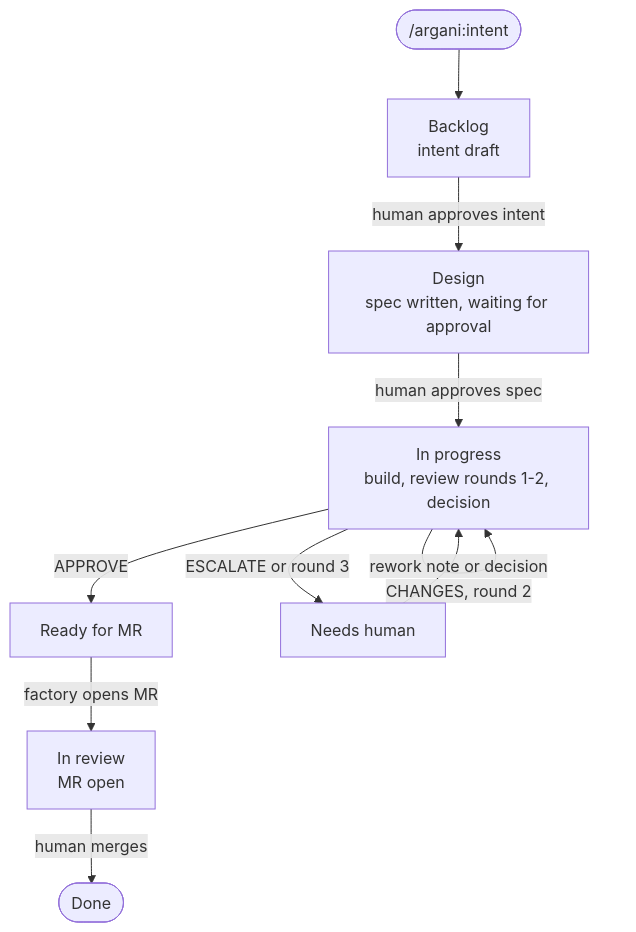
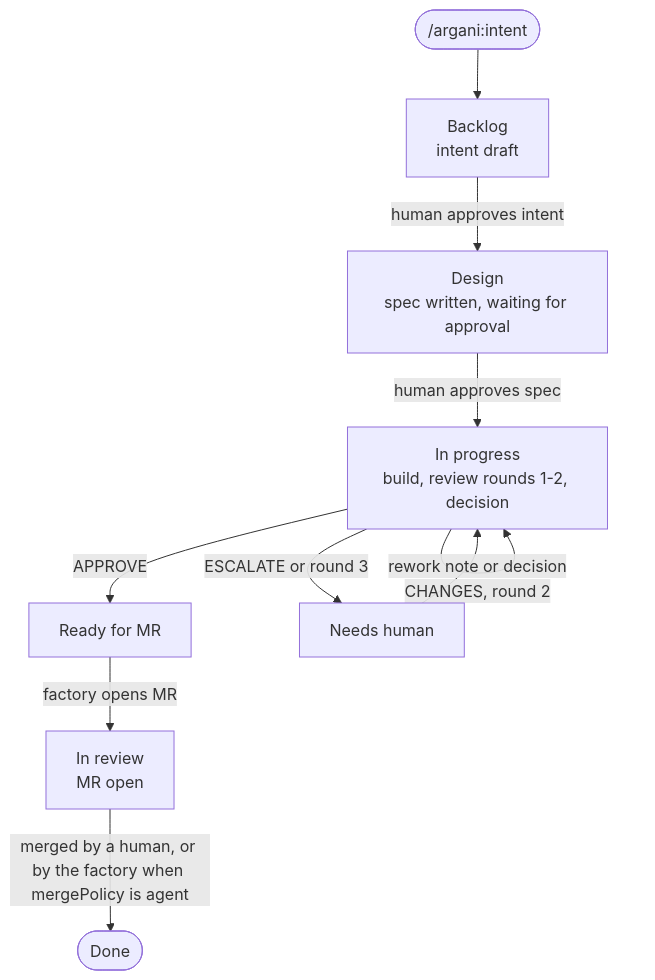
The diagram in docs/roadmap/diagrams/task-flow.mmd (tri-suli/argani), drawn with Mermaid before and after one commit. The commit also changed 2 other files, not shown here.

Commit message:
docs: let each project choose who merges (mergePolicy)
Merging stays a human step by default; with mergePolicy agent the
user lets agents commit, push, open and merge the merge request, and
the factory merges after APPROVE. Adds scope B6 and updates the task
flow and scope dependency diagrams.

```diff
--- a/docs/roadmap/diagrams/task-flow.mmd
+++ b/docs/roadmap/diagrams/task-flow.mmd
@@ -1,10 +1,10 @@
 flowchart TD
     new(["/argani:intent"]) --> backlog["Backlog<br/>intent draft"]
     backlog -->|human approves intent| design["Design<br/>spec written, waiting for approval"]
     design -->|human approves spec| progress["In progress<br/>build, review rounds 1-2, decision"]
     progress -->|CHANGES, round 2| progress
     progress -->|APPROVE| ready["Ready for MR"]
     progress -->|ESCALATE or round 3| human["Needs human"]
     human -->|rework note or decision| progress
     ready -->|factory opens MR| review["In review<br/>MR open"]
-    review -->|human merges| done(["Done"])
+    review -->|"merged by a human, or by the factory when mergePolicy is agent"| done(["Done"])
```
